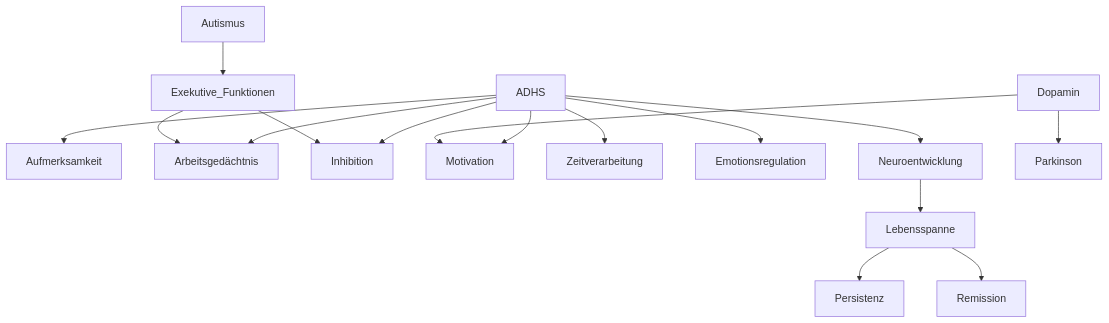
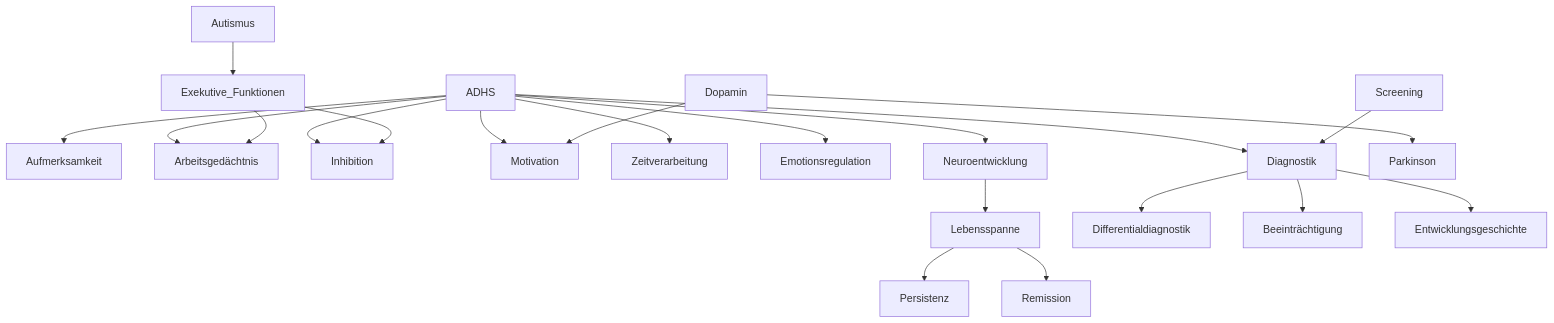
One commit to H234598/ADHS-Lernpfad changed the diagram in knowledge-graph/README.md. Above: the diagram before and after it, drawn with Mermaid.

Commit message:
docs: erweitere Wissensgraph um Diagnostik

````diff
--- a/knowledge-graph/README.md
+++ b/knowledge-graph/README.md
@@ -5,18 +5,23 @@
 ```mermaid
 flowchart TD
   ADHS --> Aufmerksamkeit
   ADHS --> Arbeitsgedächtnis
   ADHS --> Inhibition
   ADHS --> Motivation
   ADHS --> Zeitverarbeitung
   ADHS --> Emotionsregulation
   ADHS --> Neuroentwicklung
+  ADHS --> Diagnostik
   Neuroentwicklung --> Lebensspanne
   Lebensspanne --> Persistenz
   Lebensspanne --> Remission
+  Diagnostik --> Differentialdiagnostik
+  Diagnostik --> Beeinträchtigung
+  Diagnostik --> Entwicklungsgeschichte
+  Screening --> Diagnostik
   Dopamin --> Motivation
   Dopamin --> Parkinson
   Exekutive_Funktionen --> Arbeitsgedächtnis
   Exekutive_Funktionen --> Inhibition
   Autismus --> Exekutive_Funktionen
 ```
````
